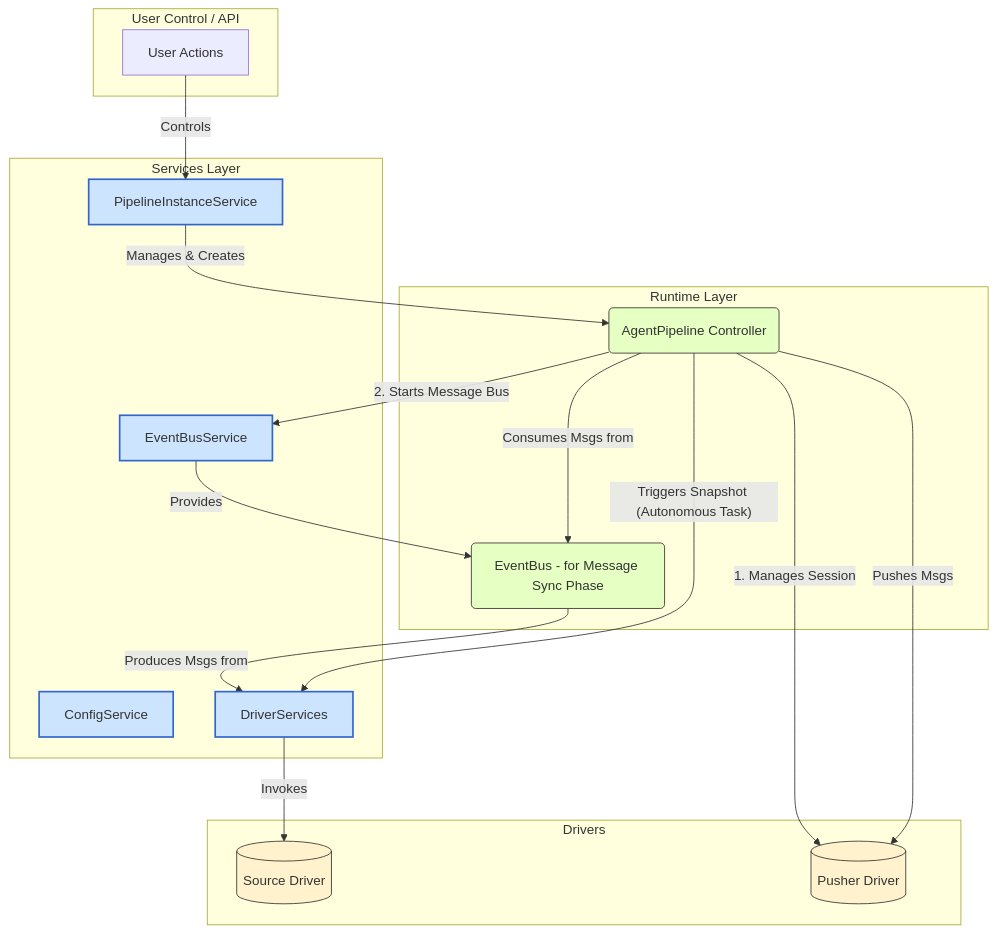
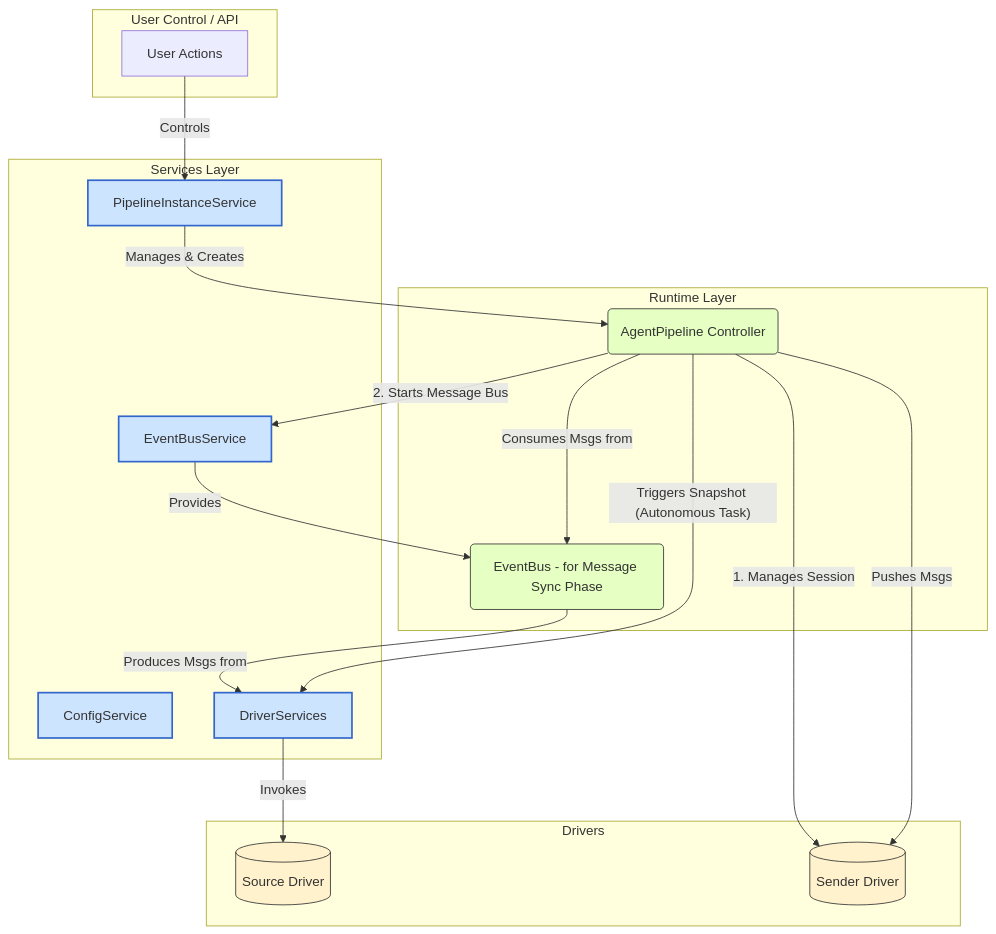
One commit to excelwang/fustor changed the second of 2 diagrams in agent/docs/architecture/core_arch.md. Above: the diagram before and after it, drawn with Mermaid. The commit also changed other lines of this file and 11 other files, not shown here.

````diff
--- a/agent/docs/architecture/core_arch.md
+++ b/agent/docs/architecture/core_arch.md
@@ -108,48 +108,48 @@
 ```mermaid
 graph TD
     subgraph User Control / API
         UC[User Actions]
     end
 
     subgraph Services Layer
         SIS[PipelineInstanceService]
         EBS[EventBusService]
         CS[ConfigService]
         DS[DriverServices]
     end
 
     subgraph Runtime Layer
         SI(AgentPipeline Controller)
         EB(EventBus - for Message Sync Phase)
     end
 
     subgraph Drivers
         SourceDrv[(Source Driver)]
-        PusherDrv[(Pusher Driver)]
+        SenderDrv[(Sender Driver)]
     end
 
     UC -->|Controls| SIS
     SIS -- Manages & Creates --> SI
 
     %% Session and Message Flow
-    SI -- "1. Manages Session" --> PusherDrv
+    SI -- "1. Manages Session" --> SenderDrv
     SI -- "2. Starts Message Bus" --> EBS
     EBS -- Provides --> EB
     EB -- "Produces Msgs from" --> DS
     DS -- Invokes --> SourceDrv
     SI -- "Consumes Msgs from" --> EB
     
     %% Main Loop
-    SI -- "Pushes Msgs" --> PusherDrv
+    SI -- "Pushes Msgs" --> SenderDrv
 
     %% Concurrent Snapshot (if needed)
     SI -- "Triggers Snapshot (Autonomous Task)" --> DS
     
     classDef service fill:#cde4ff,stroke:#36c,stroke-width:2px;
     classDef runtime fill:#e6ffc2,stroke:#333;
     classDef driver fill:#fff2cc,stroke:#333;
 
     class SIS,EBS,CS,DS service
     class SI,EB runtime
-    class SourceDrv,PusherDrv driver
+    class SourceDrv,SenderDrv driver
 ```
````
